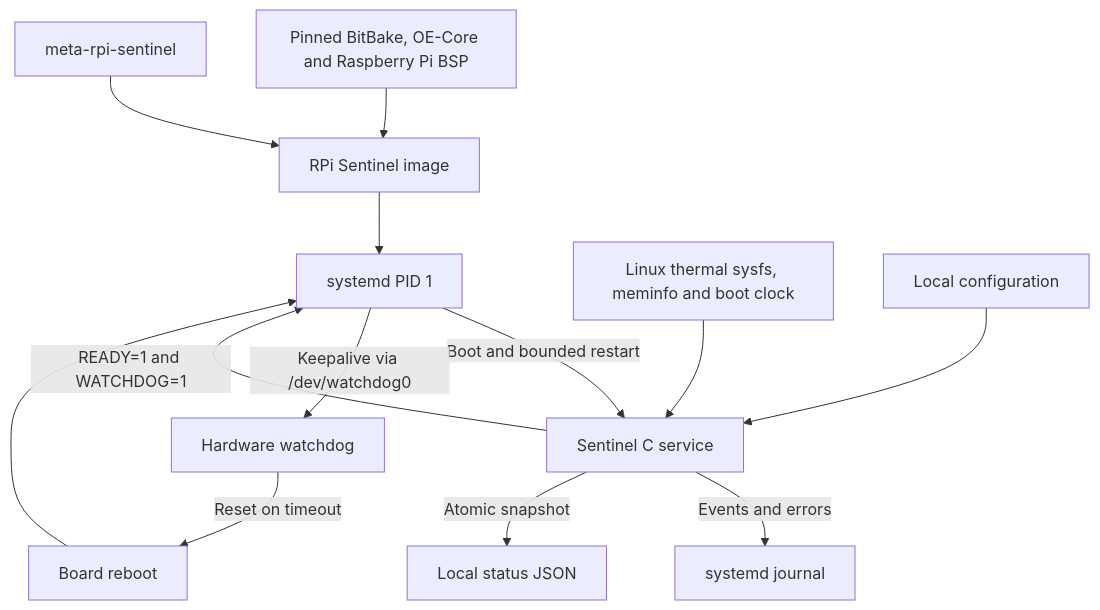
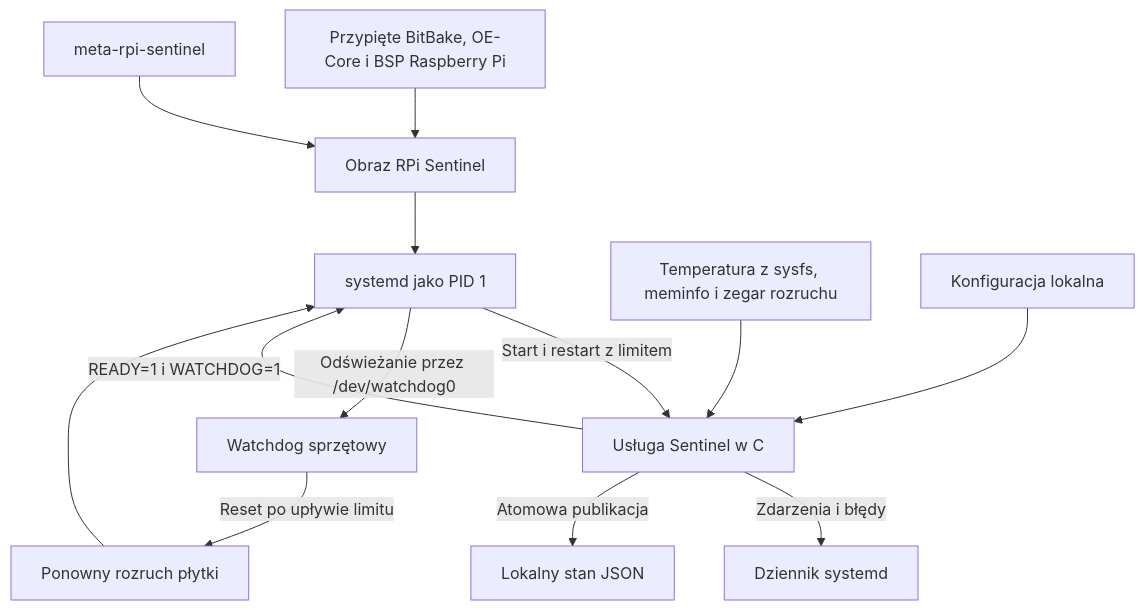
Before and after one commit to DominikZurawski/yocto-rpi-health-monitor: the diagram in docs/architecture.md, drawn with Mermaid. The commit also changed other lines of this file and 12 other files, not shown here.

Commit message:
Add a development image with Wi-Fi and SSH for Raspberry Pi 3

````diff
--- a/docs/architecture.md
+++ b/docs/architecture.md
@@ -44,15 +41,15 @@
 ```mermaid
 flowchart TD
-    B["Pinned BitBake, OE-Core and Raspberry Pi BSP"] --> I["RPi Sentinel image"]
+    B["Przypięte BitBake, OE-Core i BSP Raspberry Pi"] --> I["Obraz RPi Sentinel"]
     L["meta-rpi-sentinel"] --> I
-    I --> S["systemd PID 1"]
-    S -->|"Boot and bounded restart"| A["Sentinel C service"]
-    K["Linux thermal sysfs, meminfo and boot clock"] --> A
-    C["Local configuration"] --> A
-    A -->|"Events and errors"| J["systemd journal"]
-    A -->|"Atomic snapshot"| F["Local status JSON"]
-    A -->|"READY=1 and WATCHDOG=1"| S
-    S -->|"Keepalive via /dev/watchdog0"| W["Hardware watchdog"]
-    W -->|"Reset on timeout"| R["Board reboot"]
+    I --> S["systemd jako PID 1"]
+    S -->|"Start i restart z limitem"| A["Usługa Sentinel w C"]
+    K["Temperatura z sysfs, meminfo i zegar rozruchu"] --> A
+    C["Konfiguracja lokalna"] --> A
+    A -->|"Zdarzenia i błędy"| J["Dziennik systemd"]
+    A -->|"Atomowa publikacja"| F["Lokalny stan JSON"]
+    A -->|"READY=1 i WATCHDOG=1"| S
+    S -->|"Odświeżanie przez /dev/watchdog0"| W["Watchdog sprzętowy"]
+    W -->|"Reset po upływie limitu"| R["Ponowny rozruch płytki"]
     R --> S
 ```
````
